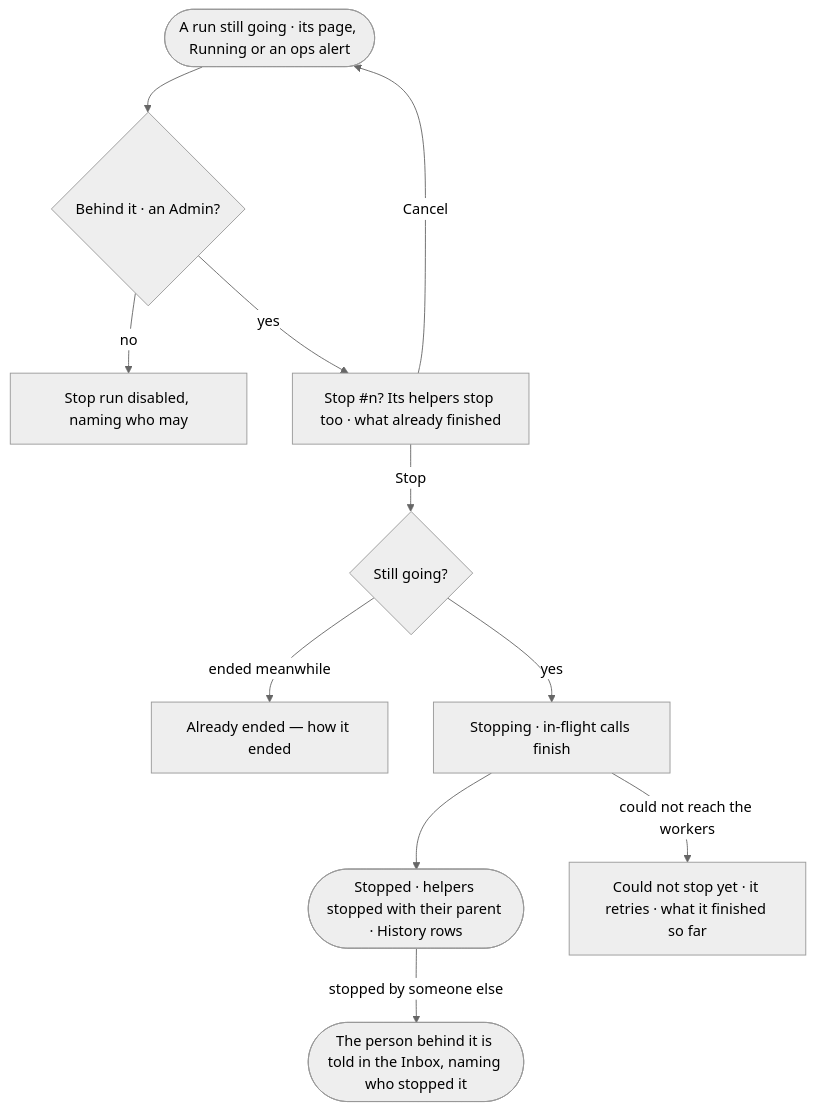
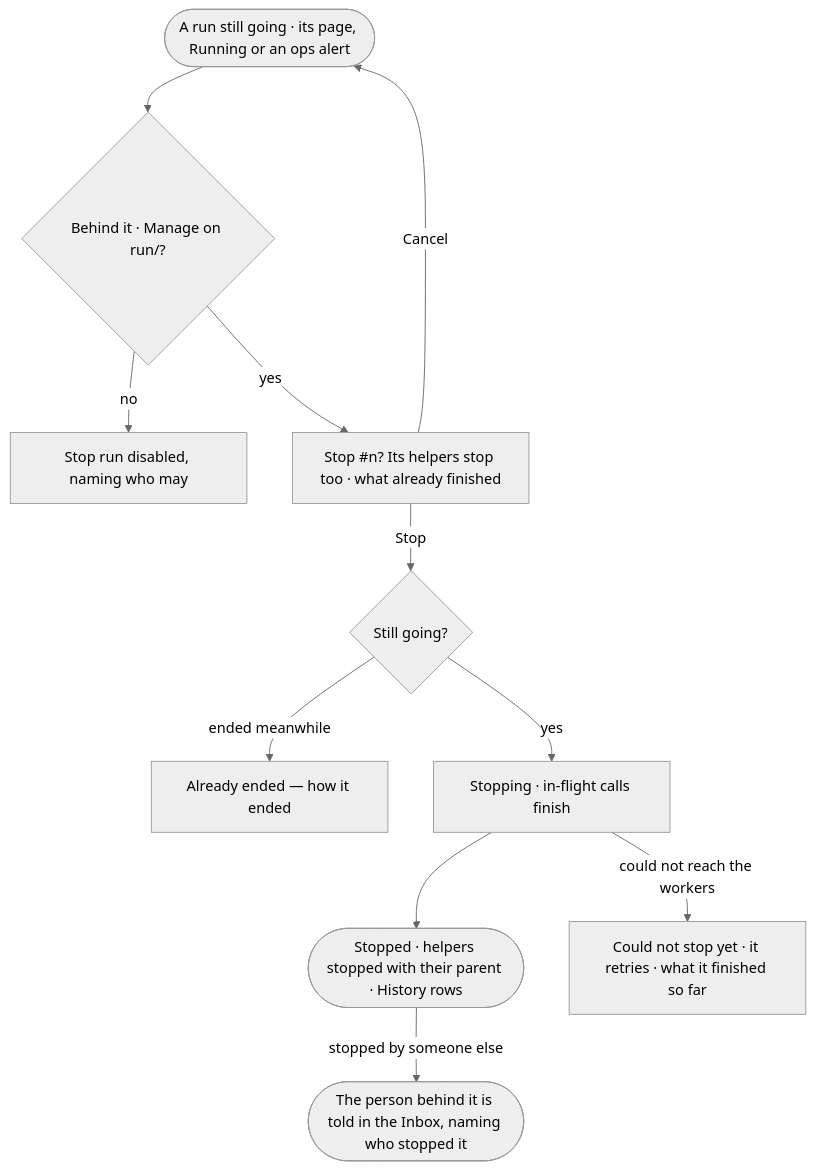
Before and after one commit to invana/invana: the diagram in specs/os/control/features/CP-F10-runs-and-how-the-agents-are-doing/stories/CP-58-stop-a-run-that-should-not-go-on/story.md, drawn with Mermaid (neutral theme). The commit also changed other lines of this file and 228 other files, not shown here.

````diff
--- a/specs/os/control/features/CP-F10-runs-and-how-the-agents-are-doing/stories/CP-58-stop-a-run-that-should-not-go-on/story.md
+++ b/specs/os/control/features/CP-F10-runs-and-how-the-agents-are-doing/stories/CP-58-stop-a-run-that-should-not-go-on/story.md
@@ -26,13 +26,13 @@
 ```mermaid
 flowchart TD
-  r([A run still going · its page, Running or an ops alert]) --> m{"Behind it · an Admin?"}
+  r([A run still going · its page, Running or an ops alert]) --> m{"Behind it · Manage on run/<agent>?"}
   m -->|no| d["Stop run disabled, naming who may"]
   m -->|yes| c["Stop #n? Its helpers stop too · what already finished"]
   c -->|Cancel| r
   c -->|Stop| s{"Still going?"}
   s -->|ended meanwhile| e["Already ended — how it ended"]
   s -->|yes| st["Stopping · in-flight calls finish"]
   st --> done(["Stopped · helpers stopped with their parent · History rows"])
   done -->|stopped by someone else| tell(["The person behind it is told in the Inbox, naming who stopped it"])
   st -->|could not reach the workers| f["Could not stop yet · it retries · what it finished so far"]
 ```
````
